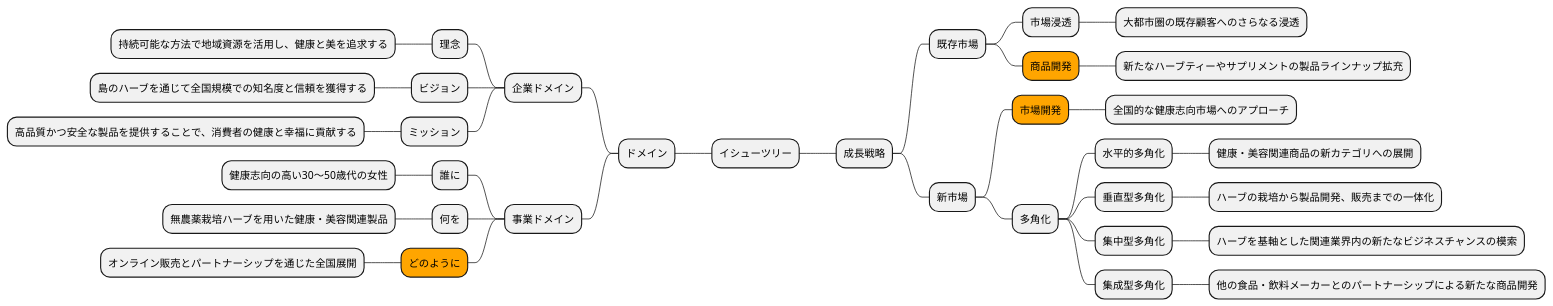
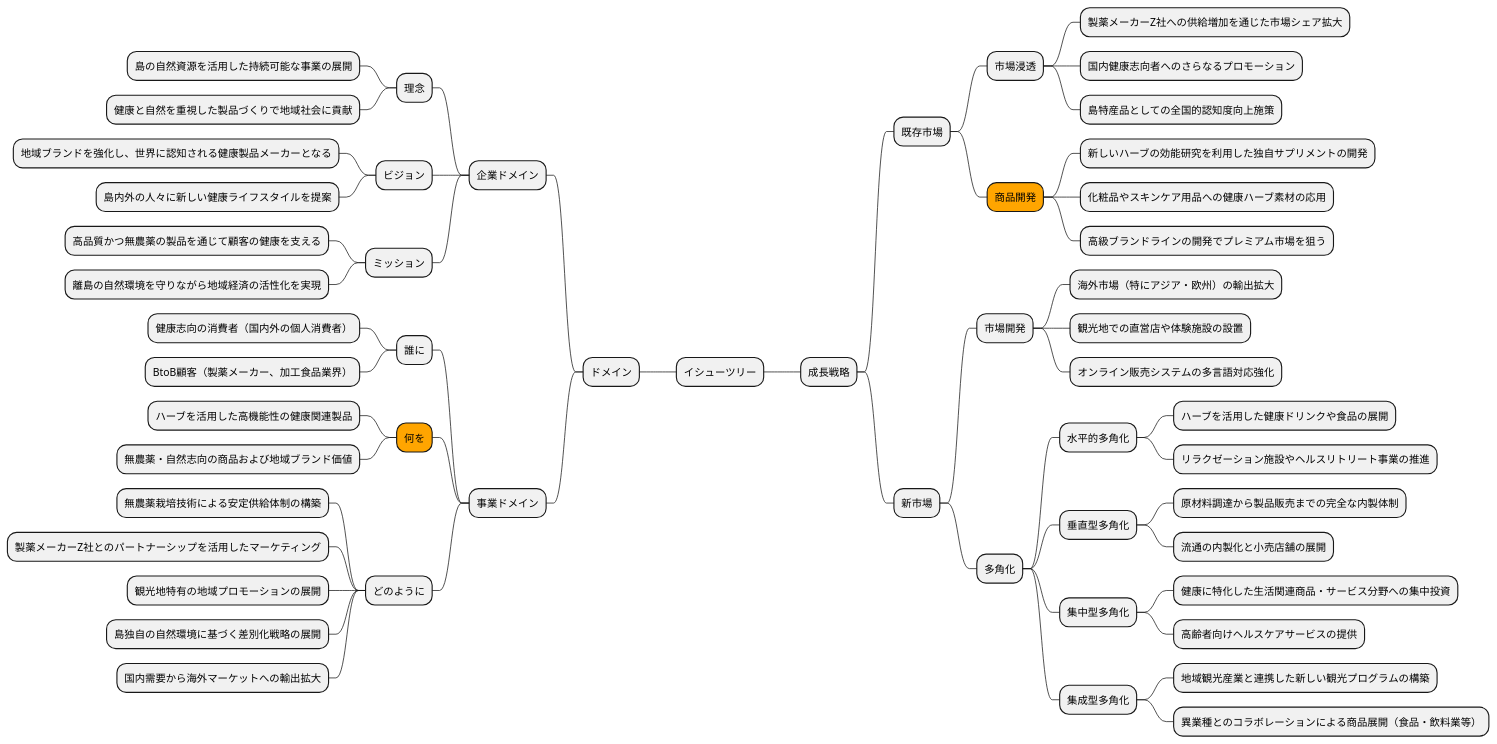
One commit to k2works/case-study-business-analysis changed the seventh of 19 diagrams in docs/case/r02_case_2.adoc. Above: the diagram before and after it, drawn with PlantUML. The commit also changed other lines of this file, not shown here.

```diff
--- a/docs/case/r02_case_2.adoc
+++ b/docs/case/r02_case_2.adoc
@@ -273,43 +276,62 @@
 [plantuml]
 ----
 @startmindmap
 
 * イシューツリー
 left side
 ** ドメイン
 *** 企業ドメイン
 **** 理念
-***** 持続可能な方法で地域資源を活用し、健康と美を追求する
+***** 島の自然資源を活用した持続可能な事業の展開
+***** 健康と自然を重視した製品づくりで地域社会に貢献
 **** ビジョン
-***** 島のハーブを通じて全国規模での知名度と信頼を獲得する
+***** 地域ブランドを強化し、世界に認知される健康製品メーカーとなる
+***** 島内外の人々に新しい健康ライフスタイルを提案
 **** ミッション
-***** 高品質かつ安全な製品を提供することで、消費者の健康と幸福に貢献する
+***** 高品質かつ無農薬の製品を通じて顧客の健康を支える
+***** 離島の自然環境を守りながら地域経済の活性化を実現
 *** 事業ドメイン
 **** 誰に
-***** 健康志向の高い30～50歳代の女性
-**** 何を
-***** 無農薬栽培ハーブを用いた健康・美容関連製品
-****[#orange] どのように
-***** オンライン販売とパートナーシップを通じた全国展開
+***** 健康志向の消費者（国内外の個人消費者）
+***** BtoB顧客（製薬メーカー、加工食品業界）
+****[#orange] 何を
+***** ハーブを活用した高機能性の健康関連製品
+***** 無農薬・自然志向の商品および地域ブランド価値
+**** どのように
+***** 無農薬栽培技術による安定供給体制の構築
+***** 製薬メーカーZ社とのパートナーシップを活用したマーケティング
+***** 観光地特有の地域プロモーションの展開
+***** 島独自の自然環境に基づく差別化戦略の展開
+***** 国内需要から海外マーケットへの輸出拡大
 right side
 ** 成長戦略
 *** 既存市場
 **** 市場浸透
-***** 大都市圏の既存顧客へのさらなる浸透
+***** 製薬メーカーZ社への供給増加を通じた市場シェア拡大
+***** 国内健康志向者へのさらなるプロモーション
+***** 島特産品としての全国的認知度向上施策
 ****[#orange] 商品開発
-***** 新たなハーブティーやサプリメントの製品ラインナップ拡充
+***** 新しいハーブの効能研究を利用した独自サプリメントの開発
+***** 化粧品やスキンケア用品への健康ハーブ素材の応用
+***** 高級ブランドラインの開発でプレミアム市場を狙う
 *** 新市場
-****[#orange] 市場開発
-***** 全国的な健康志向市場へのアプローチ
+**** 市場開発
+***** 海外市場（特にアジア・欧州）の輸出拡大
+***** 観光地での直営店や体験施設の設置
+***** オンライン販売システムの多言語対応強化
 **** 多角化
 ***** 水平的多角化
-****** 健康・美容関連商品の新カテゴリへの展開
+****** ハーブを活用した健康ドリンクや食品の展開
+****** リラクゼーション施設やヘルスリトリート事業の推進
 ***** 垂直型多角化
-****** ハーブの栽培から製品開発、販売までの一体化
+****** 原材料調達から製品販売までの完全な内製体制
+****** 流通の内製化と小売店舗の展開
 ***** 集中型多角化
-****** ハーブを基軸とした関連業界内の新たなビジネスチャンスの模索
+****** 健康に特化した生活関連商品・サービス分野への集中投資
+****** 高齢者向けヘルスケアサービスの提供
 ***** 集成型多角化
-****** 他の食品・飲料メーカーとのパートナーシップによる新たな商品開発
+****** 地域観光産業と連携した新しい観光プログラムの構築
+****** 異業種とのコラボレーションによる商品展開（食品・飲料業等）
 
 @endmindmap
 ----
```
